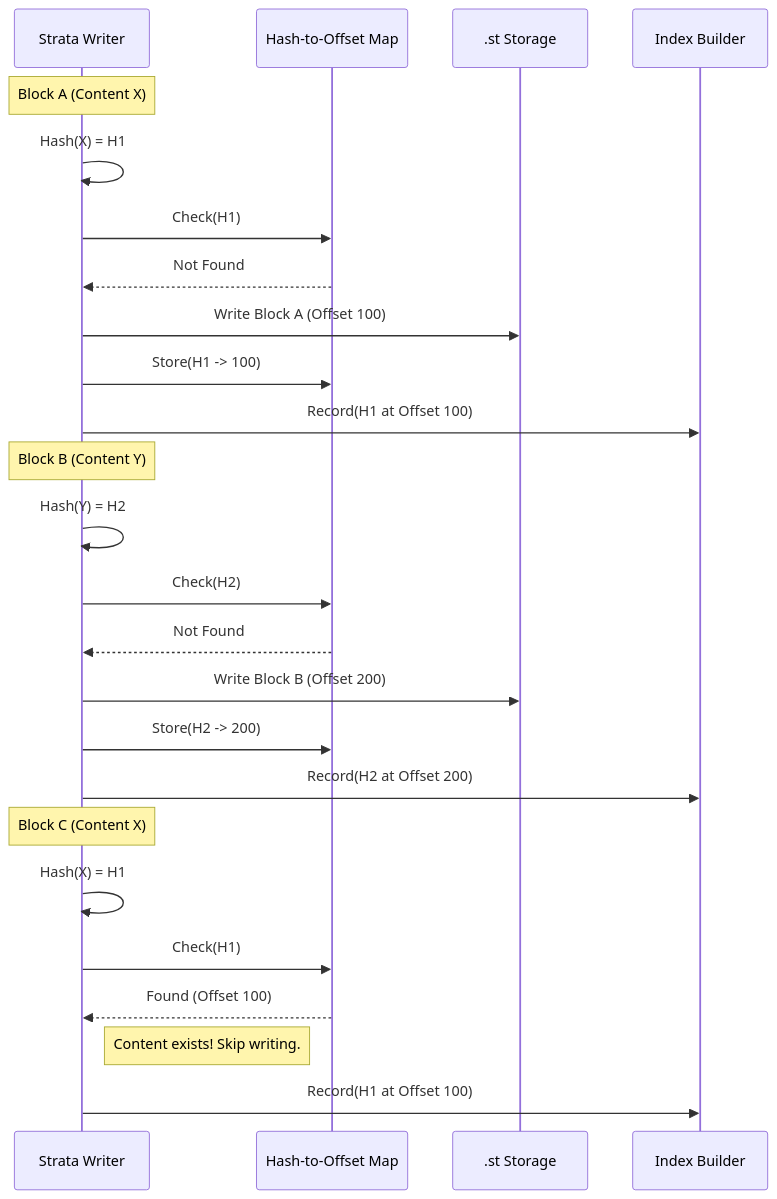
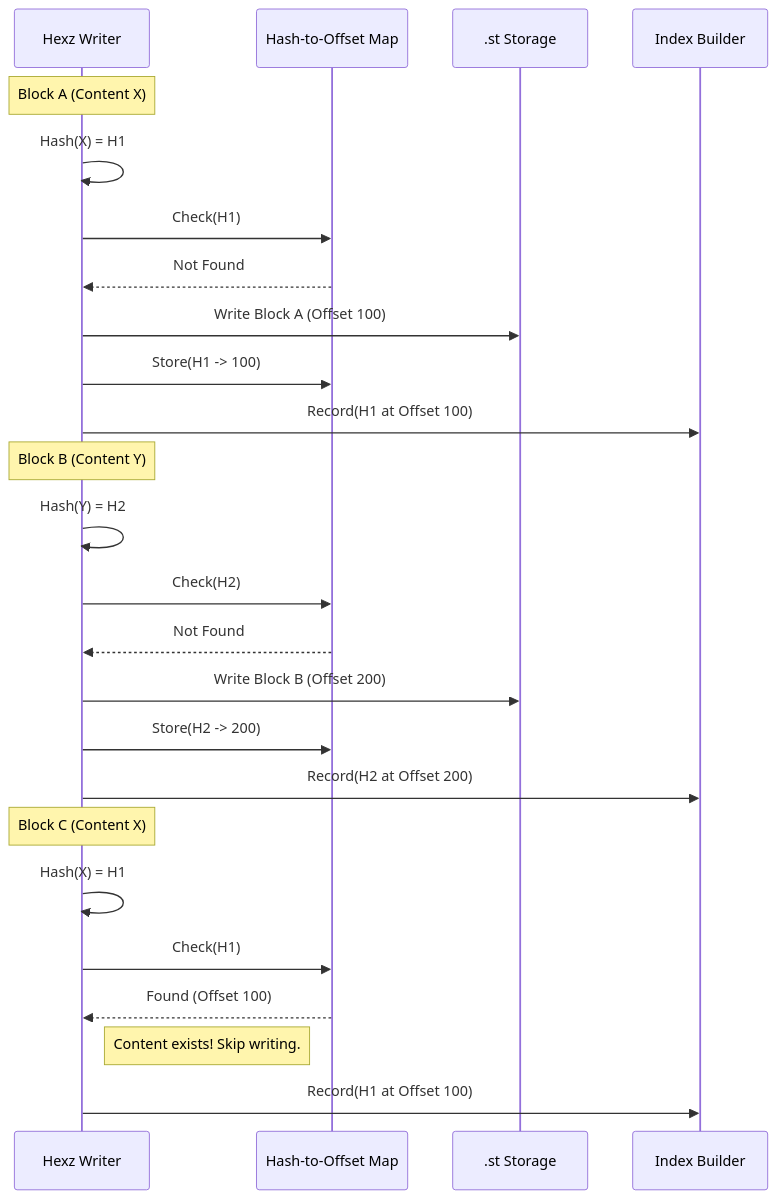
The seventh of 9 diagrams in docs/explanation/architecture.md (hexz-org/hexz), drawn with Mermaid before and after one commit. The commit also changed other lines of this file and 268 other files, not shown here.

First line of the commit message:
feat: Fully renamed the project from Strata to hexz to better match our projects idea to optimally pack data.

````diff
--- a/docs/explanation/architecture.md
+++ b/docs/explanation/architecture.md
@@ -249,30 +249,30 @@
 ```mermaid
 sequenceDiagram
-    participant Writer as Strata Writer
+    participant Writer as Hexz Writer
     participant DedupMap as Hash-to-Offset Map
     participant File as .st Storage
     participant Index as Index Builder
 
     Note over Writer: Block A (Content X)
     Writer->>Writer: Hash(X) = H1
     Writer->>DedupMap: Check(H1)
     DedupMap-->>Writer: Not Found
     Writer->>File: Write Block A (Offset 100)
     Writer->>DedupMap: Store(H1 -> 100)
     Writer->>Index: Record(H1 at Offset 100)
 
     Note over Writer: Block B (Content Y)
     Writer->>Writer: Hash(Y) = H2
     Writer->>DedupMap: Check(H2)
     DedupMap-->>Writer: Not Found
     Writer->>File: Write Block B (Offset 200)
     Writer->>DedupMap: Store(H2 -> 200)
     Writer->>Index: Record(H2 at Offset 200)
 
     Note over Writer: Block C (Content X)
     Writer->>Writer: Hash(X) = H1
     Writer->>DedupMap: Check(H1)
     DedupMap-->>Writer: Found (Offset 100)
     Note right of Writer: Content exists! Skip writing.
     Writer->>Index: Record(H1 at Offset 100)
 ```
````
